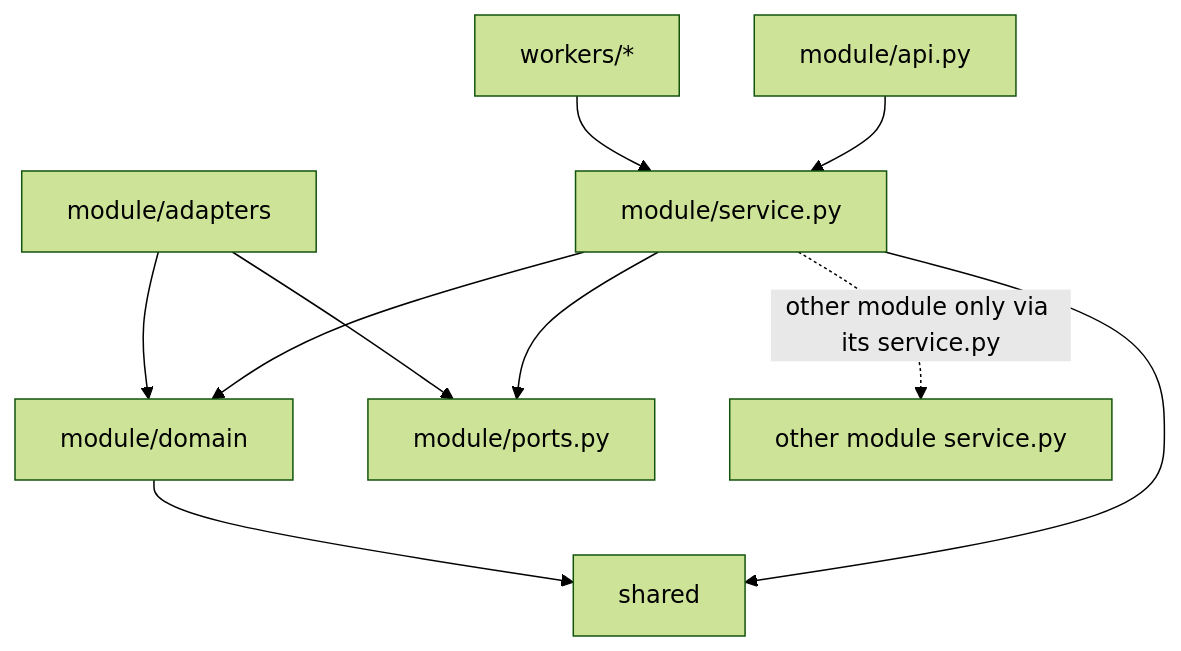
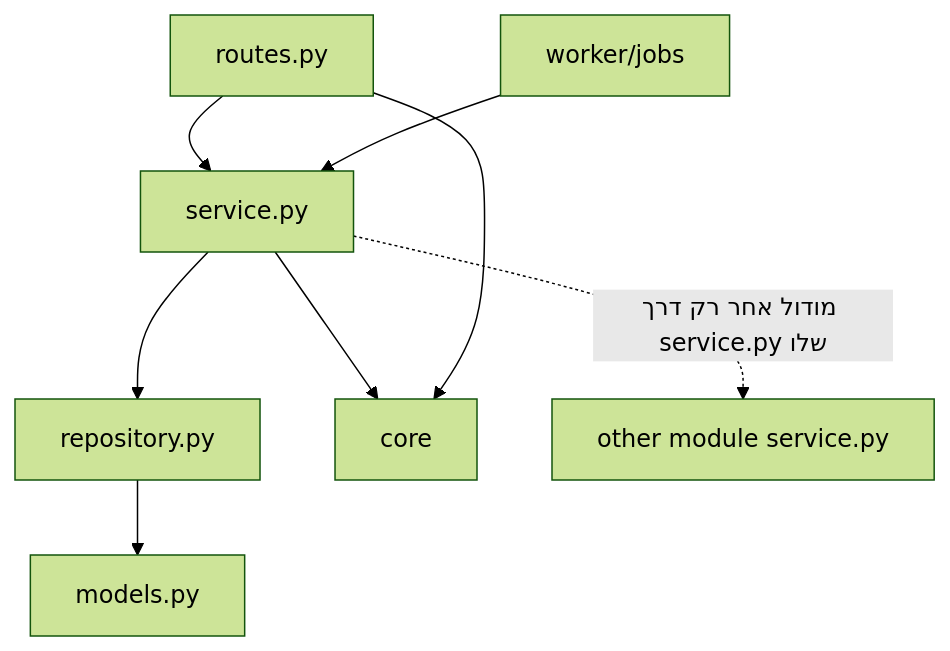
Before and after one commit to deb6754006/CartWise: the diagram in docs/planning-artifacts/architecture/architecture-CartWise-2026-10-26/ARCHITECTURE-SPINE.md, drawn with Mermaid (forest theme). The commit also changed other lines of this file and 16 other files, not shown here.

````diff
--- a/docs/planning-artifacts/architecture/architecture-CartWise-2026-10-26/ARCHITECTURE-SPINE.md
+++ b/docs/planning-artifacts/architecture/architecture-CartWise-2026-10-26/ARCHITECTURE-SPINE.md
@@ -47,12 +44,10 @@
 ```mermaid
 graph TD
-  api[module/api.py] --> svc[module/service.py]
-  worker[workers/*] --> svc
-  svc --> dom[module/domain]
-  svc --> ports[module/ports.py]
-  adapters[module/adapters] --> ports
-  adapters --> dom
-  svc --> shared[shared]
-  dom --> shared
-  svc -. "other module only via its service.py" .-> svc2[other module service.py]
+  routes[routes.py] --> service[service.py]
+  worker[worker/jobs] --> service
+  service --> repo[repository.py]
+  repo --> models[models.py]
+  service --> core[core]
+  routes --> core
+  service -. "מודול אחר רק דרך service.py שלו" .-> other[other module service.py]
 ```
````
